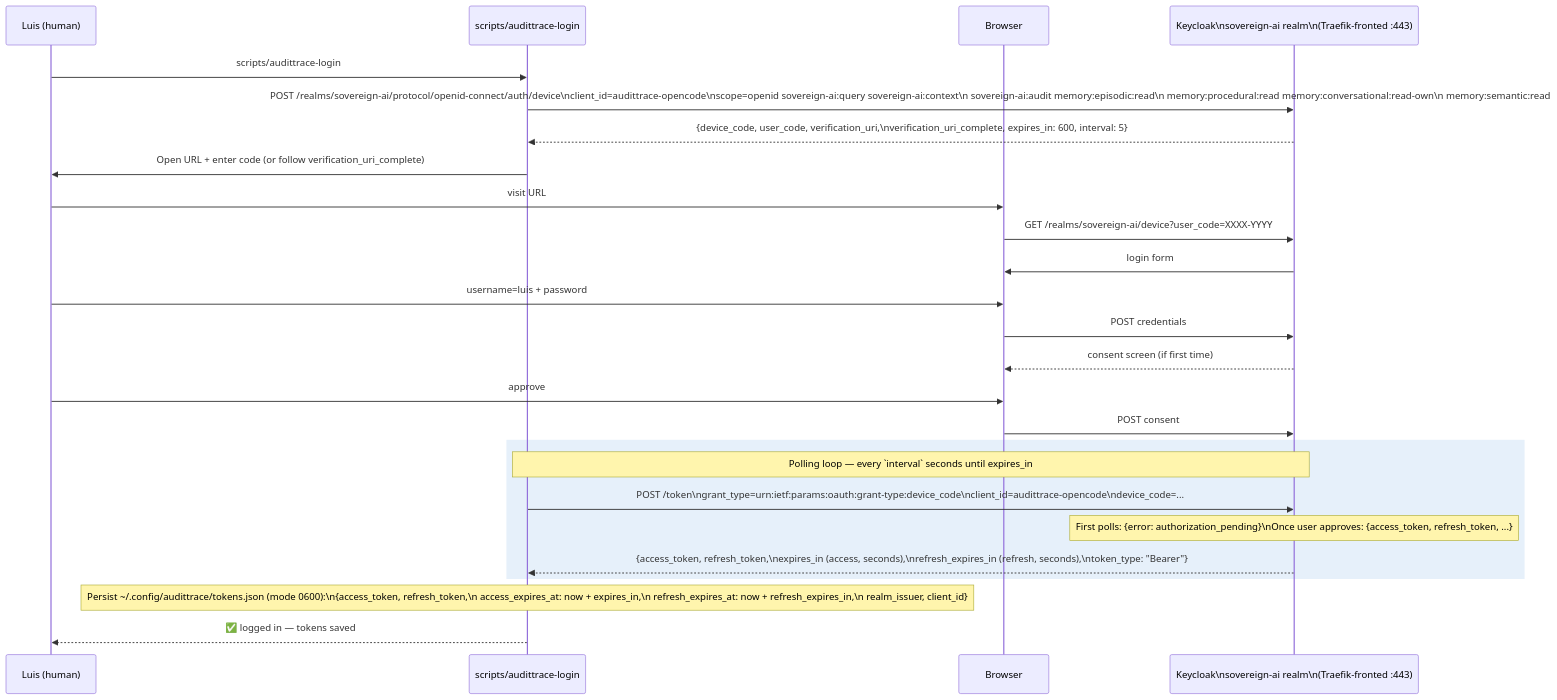
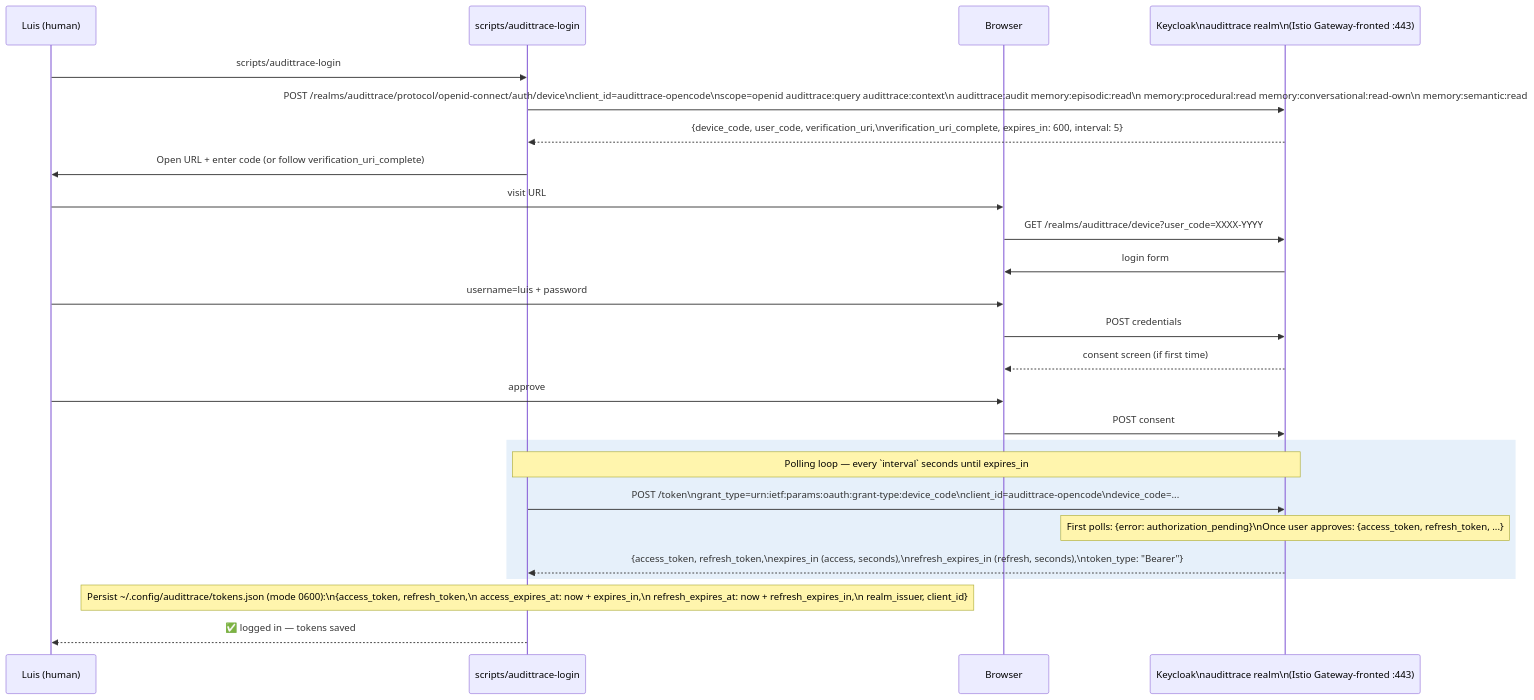
The first of 7 diagrams in docs/architecture/sequence-oauth2-flow.md (lfdesousa/AuditTrace-AI), drawn with Mermaid before and after one commit. The commit also changed other lines of this file and 8 other files, not shown here.

First line of the commit message:
docs: update architecture diagrams + README for k8s + Istio v1.0

````diff
--- a/docs/architecture/sequence-oauth2-flow.md
+++ b/docs/architecture/sequence-oauth2-flow.md
@@ -32,31 +32,31 @@
 ```mermaid
 sequenceDiagram
     participant User as Luis (human)
     participant CLI as scripts/audittrace-login
     participant Browser as Browser
-    participant KC as Keycloak\nsovereign-ai realm\n(Traefik-fronted :443)
+    participant KC as Keycloak\naudittrace realm\n(Istio Gateway-fronted :443)
 
     User->>CLI: scripts/audittrace-login
-    CLI->>KC: POST /realms/sovereign-ai/protocol/openid-connect/auth/device\nclient_id=audittrace-opencode\nscope=openid sovereign-ai:query sovereign-ai:context\n      sovereign-ai:audit memory:episodic:read\n      memory:procedural:read memory:conversational:read-own\n      memory:semantic:read
+    CLI->>KC: POST /realms/audittrace/protocol/openid-connect/auth/device\nclient_id=audittrace-opencode\nscope=openid audittrace:query audittrace:context\n      audittrace:audit memory:episodic:read\n      memory:procedural:read memory:conversational:read-own\n      memory:semantic:read
     KC-->>CLI: {device_code, user_code, verification_uri,\nverification_uri_complete, expires_in: 600, interval: 5}
 
     CLI->>User: Open URL + enter code (or follow verification_uri_complete)
     User->>Browser: visit URL
-    Browser->>KC: GET /realms/sovereign-ai/device?user_code=XXXX-YYYY
+    Browser->>KC: GET /realms/audittrace/device?user_code=XXXX-YYYY
     KC->>Browser: login form
     User->>Browser: username=luis + password
     Browser->>KC: POST credentials
     KC-->>Browser: consent screen (if first time)
     User->>Browser: approve
     Browser->>KC: POST consent
 
     rect rgb(230, 240, 250)
         Note over CLI,KC: Polling loop — every `interval` seconds until expires_in
         CLI->>KC: POST /token\ngrant_type=urn:ietf:params:oauth:grant-type:device_code\nclient_id=audittrace-opencode\ndevice_code=...
         Note over KC: First polls: {error: authorization_pending}\nOnce user approves: {access_token, refresh_token, ...}
         KC-->>CLI: {access_token, refresh_token,\nexpires_in (access, seconds),\nrefresh_expires_in (refresh, seconds),\ntoken_type: "Bearer"}
     end
 
     Note over CLI: Persist ~/.config/audittrace/tokens.json (mode 0600):\n{access_token, refresh_token,\n access_expires_at: now + expires_in,\n refresh_expires_at: now + refresh_expires_in,\n realm_issuer, client_id}
     CLI-->>User: ✅ logged in — tokens saved
 ```
````
